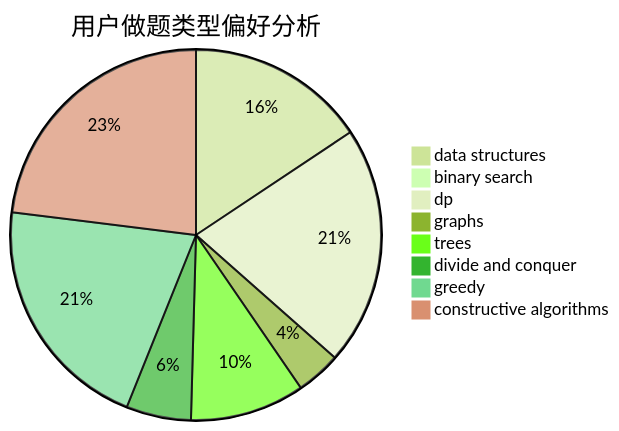
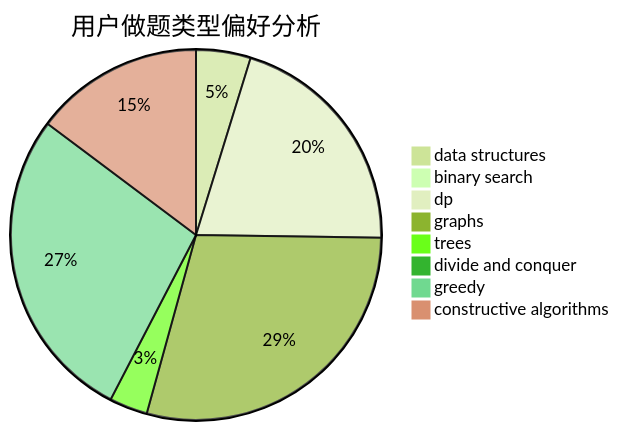
The second of 3 diagrams in docs/user/u2709.md (sherpahu/cfrs.github.io), drawn with Mermaid (forest theme) before and after one commit. The commit also changed other lines of this file and 2770 other files, not shown here.

````diff
--- a/docs/user/u2709.md
+++ b/docs/user/u2709.md
@@ -23,11 +23,11 @@
 ```mermaid
 pie title 用户做题类型偏好分析
-    "data structures" :  36
+    "data structures" :  10
     "binary search" :  0
-    "dp" :  48
-    "graphs" :  9
-    "trees" :  23
-    "divide and conquer" :  13
-    "greedy" :  48
-    "constructive algorithms" :  53
+    "dp" :  43
+    "graphs" :  61
+    "trees" :  7
+    "divide and conquer" :  1
+    "greedy" :  58
+    "constructive algorithms" :  31
 ```
````
